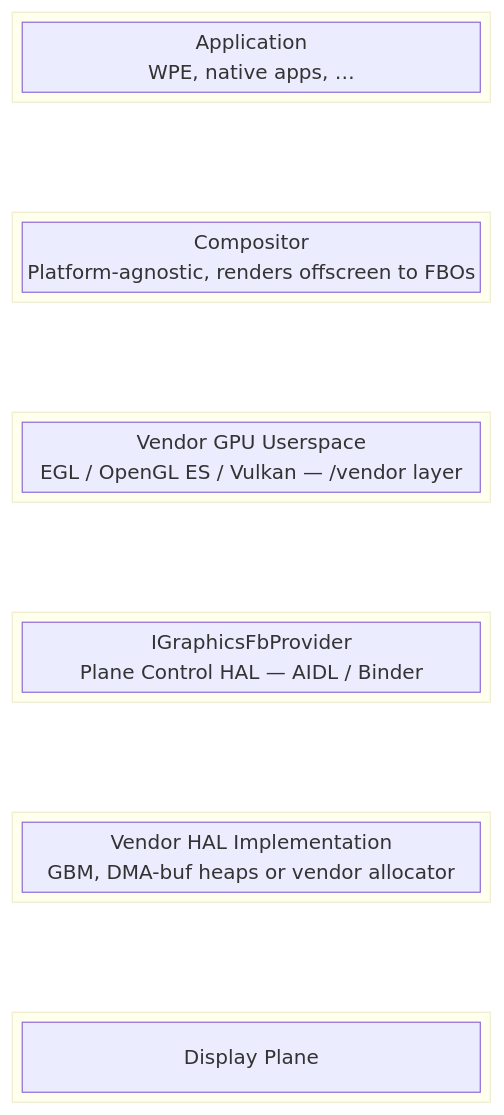
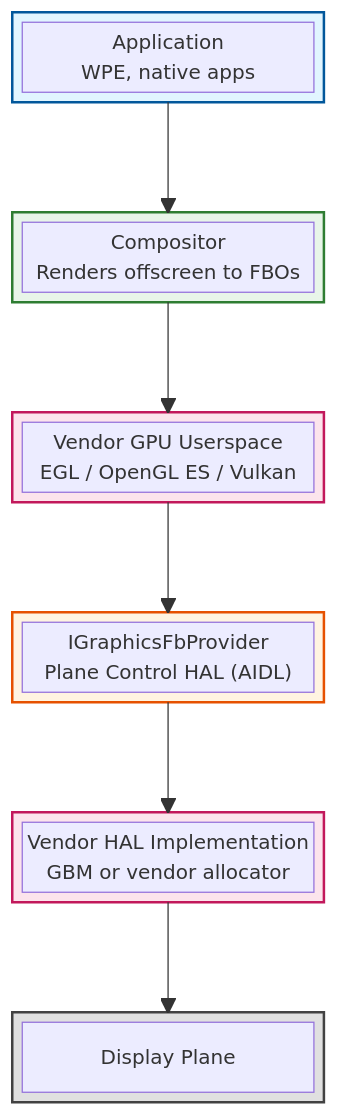
One commit to rdkcentral/rdk-halif-aidl changed the diagram in vsi/graphics/current/docs/graphics.md. Above: the diagram before and after it, drawn with Mermaid.

Commit message:
docs(vsi/graphics): connect and style the architecture diagram (#62)
The block-beta blocks had no edges and no style rules, so they rendered as
six floating boxes separated by empty space cells, at uneven widths driven
by the label text. Add the connecting arrows and the per-block style rules
used by file_system_architecture.md, and shorten the labels.

````diff
--- a/vsi/graphics/current/docs/graphics.md
+++ b/vsi/graphics/current/docs/graphics.md
@@ -47,27 +47,40 @@
 ```mermaid
 block-beta
     columns 1
     block:app
-        app_label["Application<br/>WPE, native apps, …"]
+        app_label["Application<br/>WPE, native apps"]
     end
     space
     block:compositor
-        comp_label["Compositor<br/>Platform-agnostic, renders offscreen to FBOs"]
+        comp_label["Compositor<br/>Renders offscreen to FBOs"]
     end
     space
     block:gpu
-        gpu_label["Vendor GPU Userspace<br/>EGL / OpenGL ES / Vulkan — /vendor layer"]
+        gpu_label["Vendor GPU Userspace<br/>EGL / OpenGL ES / Vulkan"]
     end
     space
     block:hal
-        hal_label["IGraphicsFbProvider<br/>Plane Control HAL — AIDL / Binder"]
+        hal_label["IGraphicsFbProvider<br/>Plane Control HAL (AIDL)"]
     end
     space
     block:vendor
-        vendor_label["Vendor HAL Implementation<br/>GBM, DMA-buf heaps or vendor allocator"]
+        vendor_label["Vendor HAL Implementation<br/>GBM or vendor allocator"]
     end
     space
     block:display
         display_label["Display Plane"]
     end
+
+    app --> compositor
+    compositor --> gpu
+    gpu --> hal
+    hal --> vendor
+    vendor --> display
+
+    style app fill:#e1f5ff,stroke:#01579b,stroke-width:2px
+    style compositor fill:#e8f5e9,stroke:#2e7d32,stroke-width:2px
+    style gpu fill:#fce4ec,stroke:#c2185b,stroke-width:2px
+    style hal fill:#fff4e1,stroke:#e65100,stroke-width:2px
+    style vendor fill:#fce4ec,stroke:#c2185b,stroke-width:2px
+    style display fill:#e0e0e0,stroke:#424242,stroke-width:2px
 ```
````
